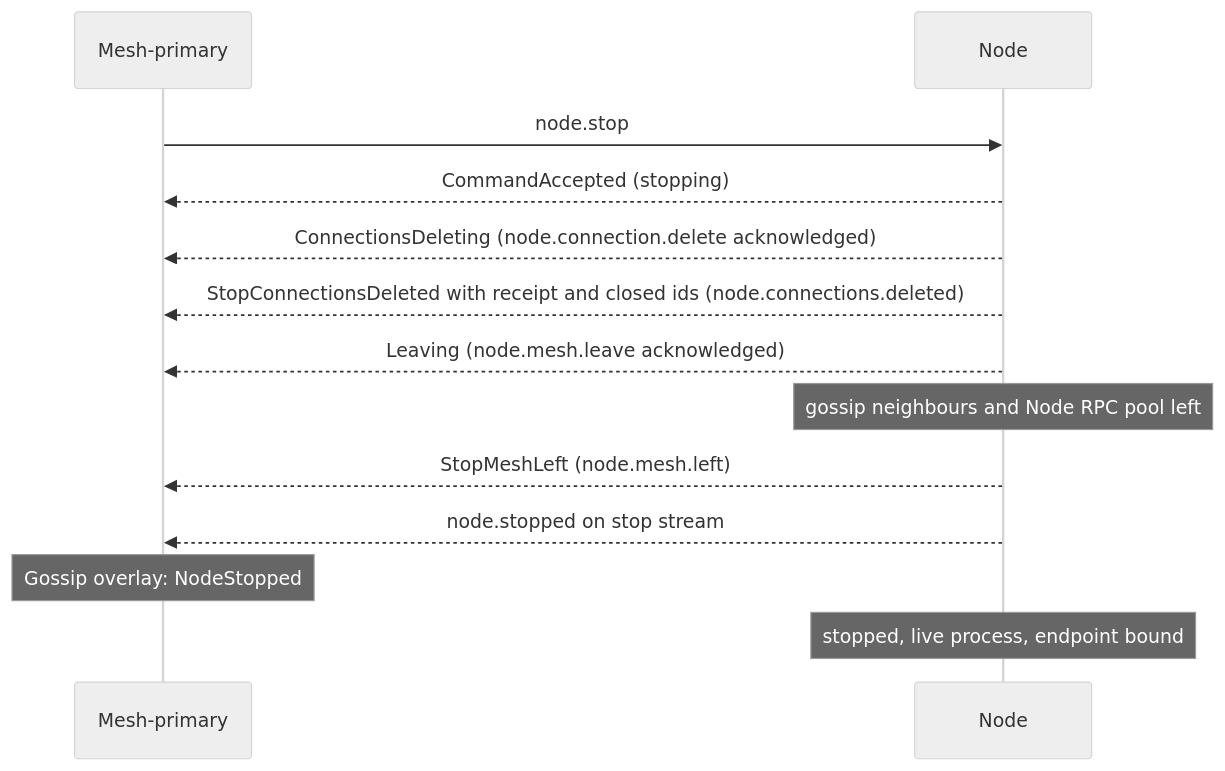
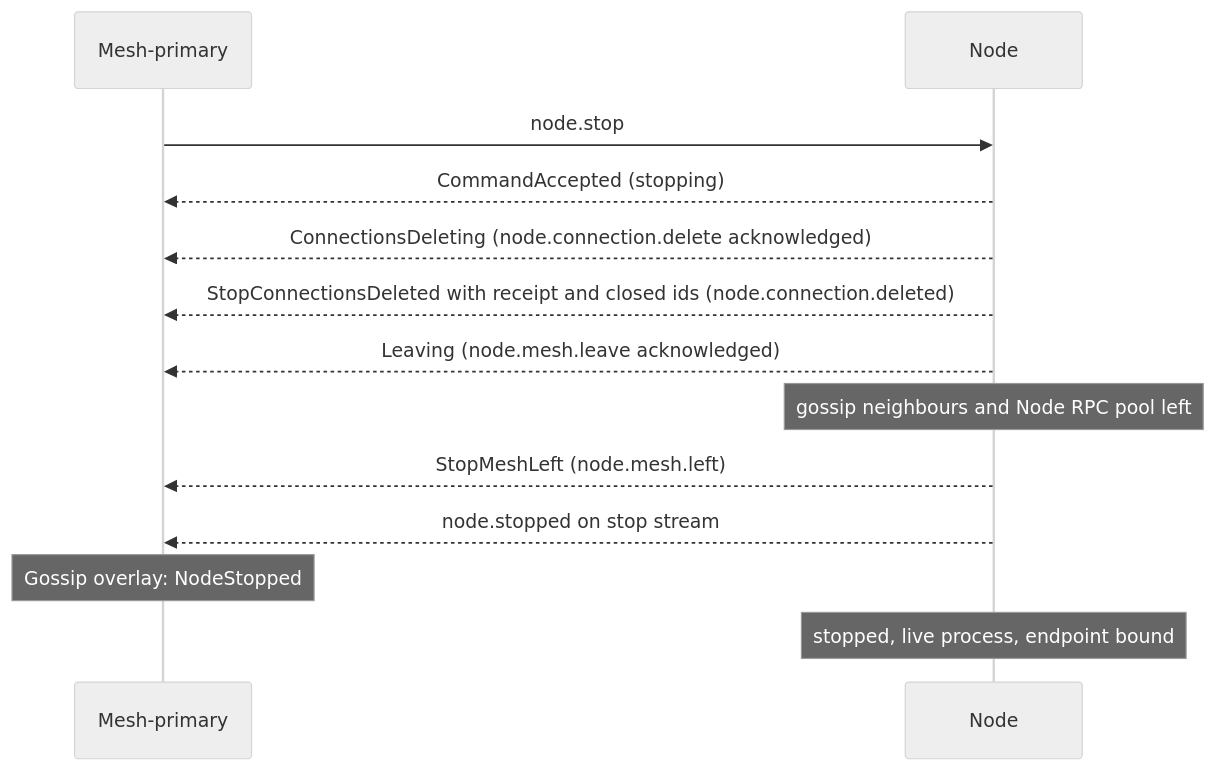
The diagram in docs/architecture/lifecycles/node-stop.md (drlukeangel/rust-distributed-mesh), drawn with Mermaid (neutral theme) before and after one commit. The commit also changed other lines of this file and 42 other files, not shown here.

````diff
--- a/docs/architecture/lifecycles/node-stop.md
+++ b/docs/architecture/lifecycles/node-stop.md
@@ -98,15 +98,15 @@
 ```mermaid
 sequenceDiagram
     participant M as Mesh-primary
     participant N as Node
     M->>N: node.stop
     N-->>M: CommandAccepted (stopping)
     N-->>M: ConnectionsDeleting (node.connection.delete acknowledged)
-    N-->>M: StopConnectionsDeleted with receipt and closed ids (node.connections.deleted)
+    N-->>M: StopConnectionsDeleted with receipt and closed ids (node.connection.deleted)
     N-->>M: Leaving (node.mesh.leave acknowledged)
     Note over N: gossip neighbours and Node RPC pool left
     N-->>M: StopMeshLeft (node.mesh.left)
     N-->>M: node.stopped on stop stream
     Note over M: Gossip overlay: NodeStopped
     Note over N: stopped, live process, endpoint bound
 ```
````
